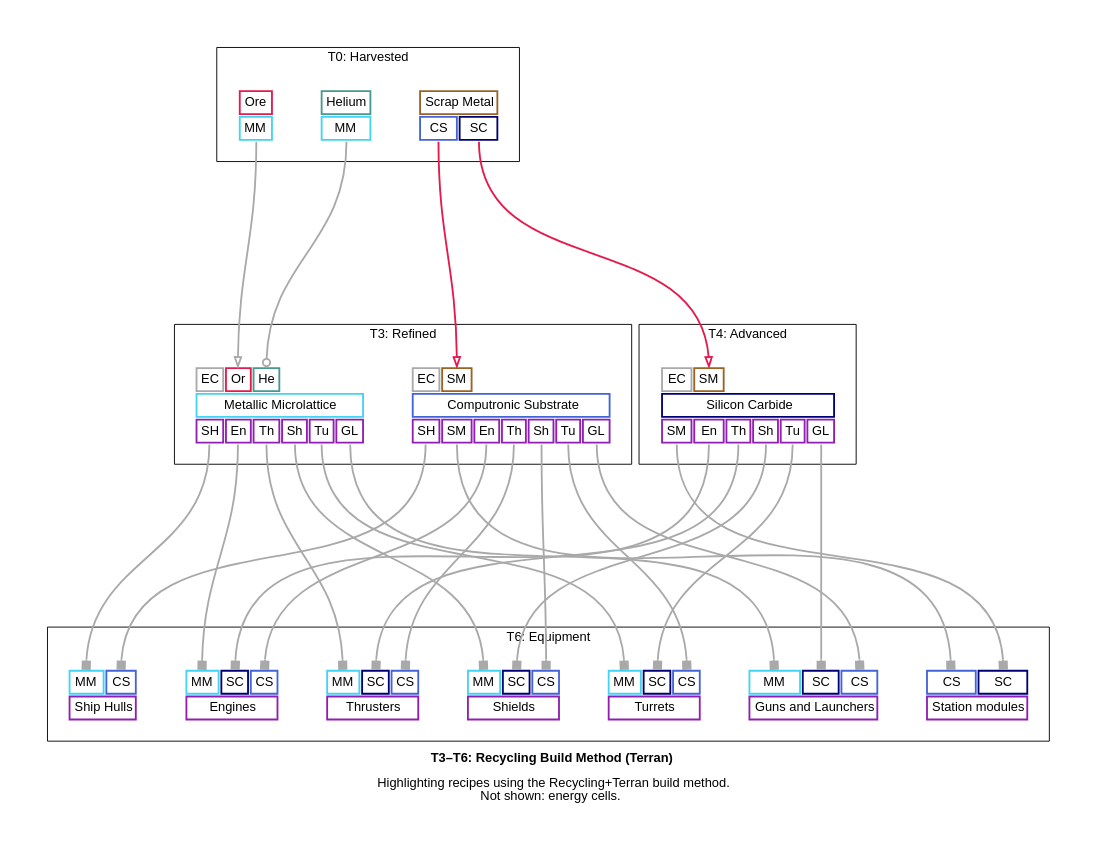
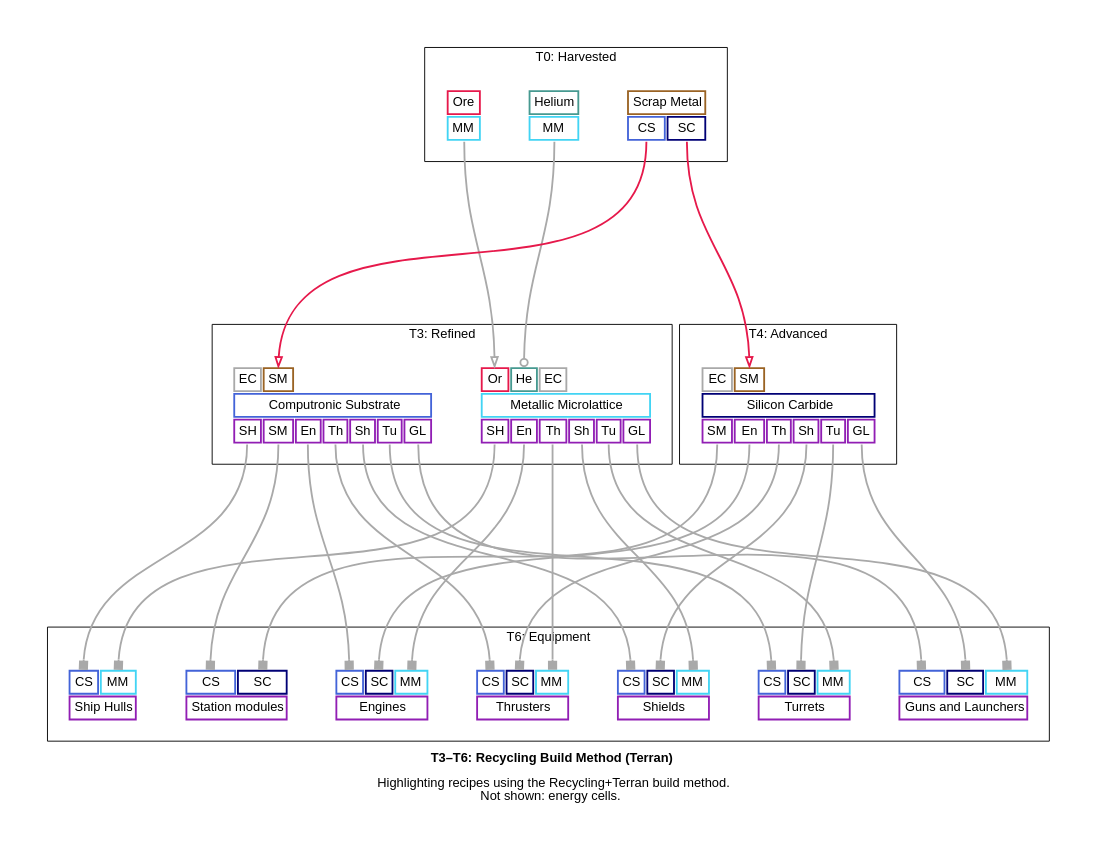
One commit to borntyping/x4-diagrams changed the diagram in docs/t3_t6_recycling_build_method_terran__graph_simplified.dot. Above: the diagram before and after it, drawn with Graphviz. The commit also changed other lines of this file and 45 other files, not shown here.

```diff
--- a/docs/t3_t6_recycling_build_method_terran__graph_simplified.dot
+++ b/docs/t3_t6_recycling_build_method_terran__graph_simplified.dot
@@ -88,11 +88,11 @@
   
     <tr>
       
-        <td align="text" bgcolor="white" color="#a9a9a9" port="energy_cells">EC</td>
-      
         <td align="text" bgcolor="white" color="#e6194B" port="ore">Or</td>
       
         <td align="text" bgcolor="white" color="#469990" port="helium">He</td>
+      
+        <td align="text" bgcolor="white" color="#a9a9a9" port="energy_cells">EC</td>
       
     </tr>
   
@@ -158,11 +158,11 @@
   
     <tr>
       
-        <td align="text" bgcolor="white" color="#42d4f4" port="metallic_microlattice">MM</td>
+        <td align="text" bgcolor="white" color="#4363d8" port="computronic_substrate">CS</td>
       
         <td align="text" bgcolor="white" color="#000075" port="silicon_carbide">SC</td>
       
-        <td align="text" bgcolor="white" color="#4363d8" port="computronic_substrate">CS</td>
+        <td align="text" bgcolor="white" color="#42d4f4" port="metallic_microlattice">MM</td>
       
     </tr>
   
@@ -175,11 +175,11 @@
   
     <tr>
       
-        <td align="text" bgcolor="white" color="#42d4f4" port="metallic_microlattice">MM</td>
+        <td align="text" bgcolor="white" color="#4363d8" port="computronic_substrate">CS</td>
       
         <td align="text" bgcolor="white" color="#000075" port="silicon_carbide">SC</td>
       
-        <td align="text" bgcolor="white" color="#4363d8" port="computronic_substrate">CS</td>
+        <td align="text" bgcolor="white" color="#42d4f4" port="metallic_microlattice">MM</td>
       
     </tr>
   
@@ -192,11 +192,11 @@
   
     <tr>
       
-        <td align="text" bgcolor="white" color="#42d4f4" port="metallic_microlattice">MM</td>
+        <td align="text" bgcolor="white" color="#4363d8" port="computronic_substrate">CS</td>
       
         <td align="text" bgcolor="white" color="#000075" port="silicon_carbide">SC</td>
       
-        <td align="text" bgcolor="white" color="#4363d8" port="computronic_substrate">CS</td>
+        <td align="text" bgcolor="white" color="#42d4f4" port="metallic_microlattice">MM</td>
       
     </tr>
   
@@ -209,9 +209,9 @@
   
     <tr>
       
+        <td align="text" bgcolor="white" color="#4363d8" port="computronic_substrate">CS</td>
+      
         <td align="text" bgcolor="white" color="#42d4f4" port="metallic_microlattice">MM</td>
-      
-        <td align="text" bgcolor="white" color="#4363d8" port="computronic_substrate">CS</td>
       
     </tr>
   
@@ -239,11 +239,11 @@
   
     <tr>
       
-        <td align="text" bgcolor="white" color="#42d4f4" port="metallic_microlattice">MM</td>
+        <td align="text" bgcolor="white" color="#4363d8" port="computronic_substrate">CS</td>
       
         <td align="text" bgcolor="white" color="#000075" port="silicon_carbide">SC</td>
       
-        <td align="text" bgcolor="white" color="#4363d8" port="computronic_substrate">CS</td>
+        <td align="text" bgcolor="white" color="#42d4f4" port="metallic_microlattice">MM</td>
       
     </tr>
   
@@ -256,11 +256,11 @@
   
     <tr>
       
-        <td align="text" bgcolor="white" color="#42d4f4" port="metallic_microlattice">MM</td>
+        <td align="text" bgcolor="white" color="#4363d8" port="computronic_substrate">CS</td>
       
         <td align="text" bgcolor="white" color="#000075" port="silicon_carbide">SC</td>
       
-        <td align="text" bgcolor="white" color="#4363d8" port="computronic_substrate">CS</td>
+        <td align="text" bgcolor="white" color="#42d4f4" port="metallic_microlattice">MM</td>
       
     </tr>
   
```
